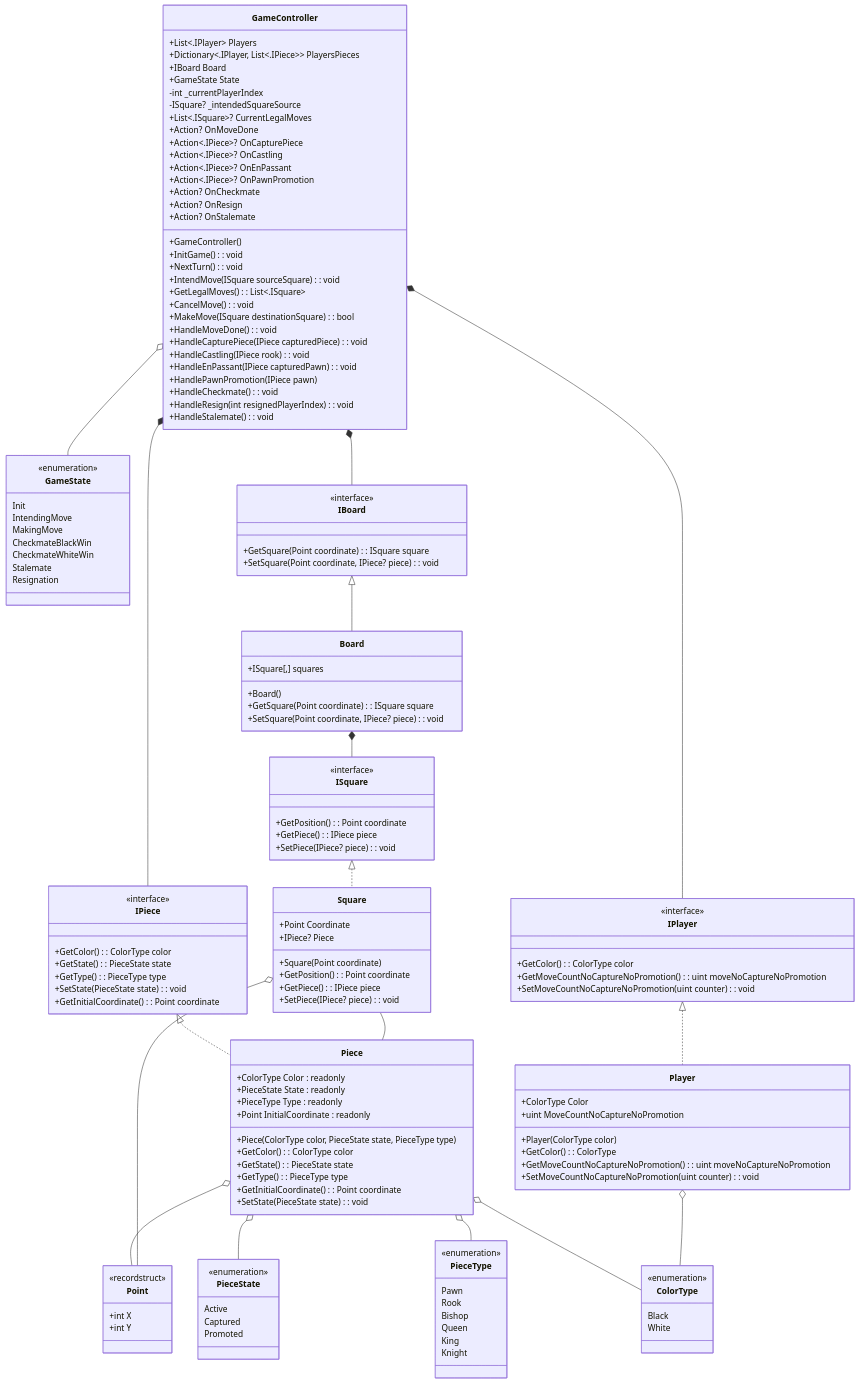
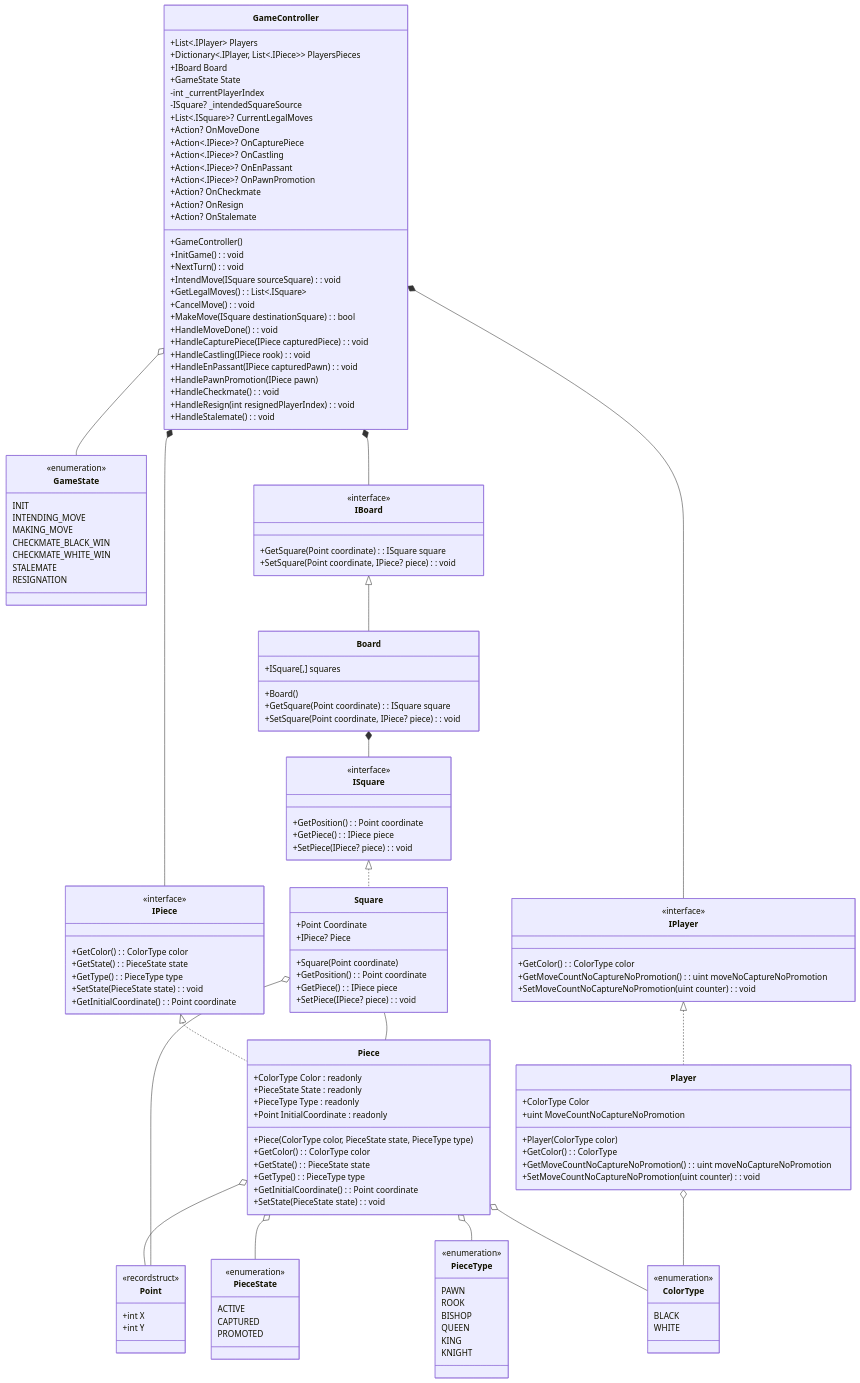
Before and after one commit to borednuna/Formulatrix-Batch-14-Bootcamp: the diagram in Individual Project/Class Diagram/ChessRevisionFinal.mmd, drawn with Mermaid.

Commit message:
chore: fix enum naming

```diff
--- a/Individual Project/Class Diagram/ChessRevisionFinal.mmd
+++ b/Individual Project/Class Diagram/ChessRevisionFinal.mmd
@@ -1,158 +1,158 @@
 classDiagram
 
 class ColorType {
-    Black
-    White
+    BLACK
+    WHITE
 }
 <<enumeration>> ColorType
 
 class PieceState {
-    Active
-    Captured
-    Promoted
+    ACTIVE
+    CAPTURED
+    PROMOTED
 }
 <<enumeration>> PieceState
 
 class GameState {
-    Init
-    IntendingMove
-    MakingMove
-    CheckmateBlackWin
-    CheckmateWhiteWin
-    Stalemate
-    Resignation
+    INIT
+    INTENDING_MOVE
+    MAKING_MOVE
+    CHECKMATE_BLACK_WIN
+    CHECKMATE_WHITE_WIN
+    STALEMATE
+    RESIGNATION
 }
 <<enumeration>> GameState
 
 class PieceType {
-    Pawn
-    Rook
-    Bishop
-    Queen
-    King
-    Knight
+    PAWN
+    ROOK
+    BISHOP
+    QUEEN
+    KING
+    KNIGHT
 }
 <<enumeration>> PieceType
 
 class Point {
     +int X
     +int Y
 }
 <<recordstruct>> Point
 
 class IBoard {
     +GetSquare(Point coordinate) : ISquare square
     +SetSquare(Point coordinate, IPiece? piece) : void
 }
 <<interface>> IBoard
 
 class IPiece {
     +GetColor() : ColorType color
     +GetState() : PieceState state
     +GetType() : PieceType type
     +SetState(PieceState state) : void
     +GetInitialCoordinate() : Point coordinate
 }
 <<interface>> IPiece
 
 class ISquare {
     +GetPosition() : Point coordinate
     +GetPiece() : IPiece piece
     +SetPiece(IPiece? piece) : void
 }
 <<interface>> ISquare
 
 class IPlayer {
     +GetColor() : ColorType color
     +GetMoveCountNoCaptureNoPromotion() : uint moveNoCaptureNoPromotion
     +SetMoveCountNoCaptureNoPromotion(uint counter) : void
 }
 <<interface>> IPlayer
 
 class Player {
     +ColorType Color
     +uint MoveCountNoCaptureNoPromotion
     +Player(ColorType color)
     +GetColor() : ColorType
     +GetMoveCountNoCaptureNoPromotion() : uint moveNoCaptureNoPromotion
     +SetMoveCountNoCaptureNoPromotion(uint counter) : void
 }
 
 class GameController {
     +List<.IPlayer> Players
     +Dictionary<.IPlayer, List<.IPiece>> PlayersPieces
     +IBoard Board
     +GameState State
     -int _currentPlayerIndex
     -ISquare? _intendedSquareSource
     +List<.ISquare>? CurrentLegalMoves
     +GameController()
     +InitGame() : void
     +NextTurn() : void
     +IntendMove(ISquare sourceSquare) : void
     +GetLegalMoves() : List<.ISquare>
     +CancelMove() : void
     +MakeMove(ISquare destinationSquare) : bool
     +Action? OnMoveDone
     +HandleMoveDone() : void
     +Action<.IPiece>? OnCapturePiece
     +HandleCapturePiece(IPiece capturedPiece) : void
     +Action<.IPiece>? OnCastling
     +HandleCastling(IPiece rook) : void
     +Action<.IPiece>? OnEnPassant
     +HandleEnPassant(IPiece capturedPawn) : void
     +Action<.IPiece>? OnPawnPromotion
     +HandlePawnPromotion(IPiece pawn)
     +Action? OnCheckmate
     +Action? OnResign
     +Action? OnStalemate
     +HandleCheckmate() : void
     +HandleResign(int resignedPlayerIndex) : void
     +HandleStalemate() : void
 }
 
 class Board {
     +ISquare[,] squares
     +Board()
     +GetSquare(Point coordinate) : ISquare square
     +SetSquare(Point coordinate, IPiece? piece) : void
 }
 
 class Square {
     +Point Coordinate
     +IPiece? Piece
     +Square(Point coordinate)
     +GetPosition() : Point coordinate
     +GetPiece() : IPiece piece
     +SetPiece(IPiece? piece) : void
 }
 
 class Piece {
     +ColorType Color : readonly
     +PieceState State : readonly
     +PieceType Type : readonly
     +Point InitialCoordinate : readonly
     +Piece(ColorType color, PieceState state, PieceType type)
     +GetColor() : ColorType color
     +GetState() : PieceState state
     +GetType() : PieceType type
     +GetInitialCoordinate() : Point coordinate
     +SetState(PieceState state) : void
 }
 
 Board *-- ISquare
 GameController *-- IPiece
 GameController *-- IBoard
 GameController *-- IPlayer
 GameController o-- GameState
 IBoard <|-- Board
 IPiece <|.. Piece
 ISquare <|.. Square
 IPlayer <|.. Player
 Piece o-- Point
 Piece o-- PieceState
 Piece o-- PieceType
 Piece o-- ColorType
 Player o-- ColorType
 Square -- Piece
 Square o-- Point
```
